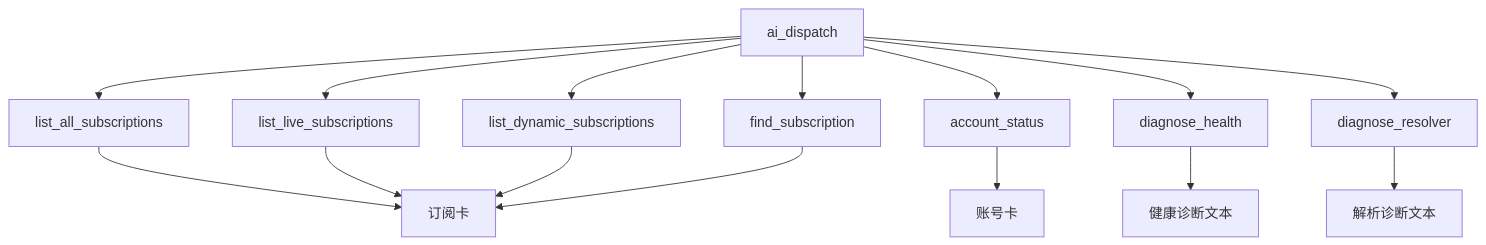
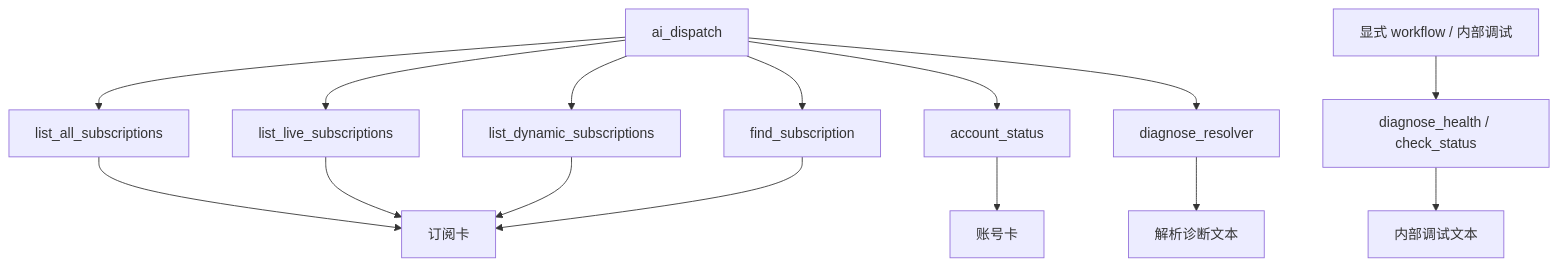
Before and after one commit to memoriass/astrbot_plugin_bilibili_push: the fourth of 5 diagrams in workflows/workflow-map.md, drawn with Mermaid. The commit also changed other lines of this file and 10 other files, not shown here.

````diff
--- a/workflows/workflow-map.md
+++ b/workflows/workflow-map.md
@@ -128,18 +131,18 @@
 ```mermaid
 flowchart TD
     Dispatch["ai_dispatch"] --> ListAll["list_all_subscriptions"]
     Dispatch --> ListLive["list_live_subscriptions"]
     Dispatch --> ListDynamic["list_dynamic_subscriptions"]
     Dispatch --> Find["find_subscription"]
     Dispatch --> Account["account_status"]
-    Dispatch --> Health["diagnose_health"]
     Dispatch --> Resolver["diagnose_resolver"]
+    Direct["显式 workflow / 内部调试"] --> Health["diagnose_health / check_status"]
 
     ListAll --> SubCard["订阅卡"]
     ListLive --> SubCard
     ListDynamic --> SubCard
     Find --> SubCard
     Account --> AccountCard["账号卡"]
-    Health --> HealthText["健康诊断文本"]
+    Health --> HealthText["内部调试文本"]
     Resolver --> ResolverText["解析诊断文本"]
 ```
````
